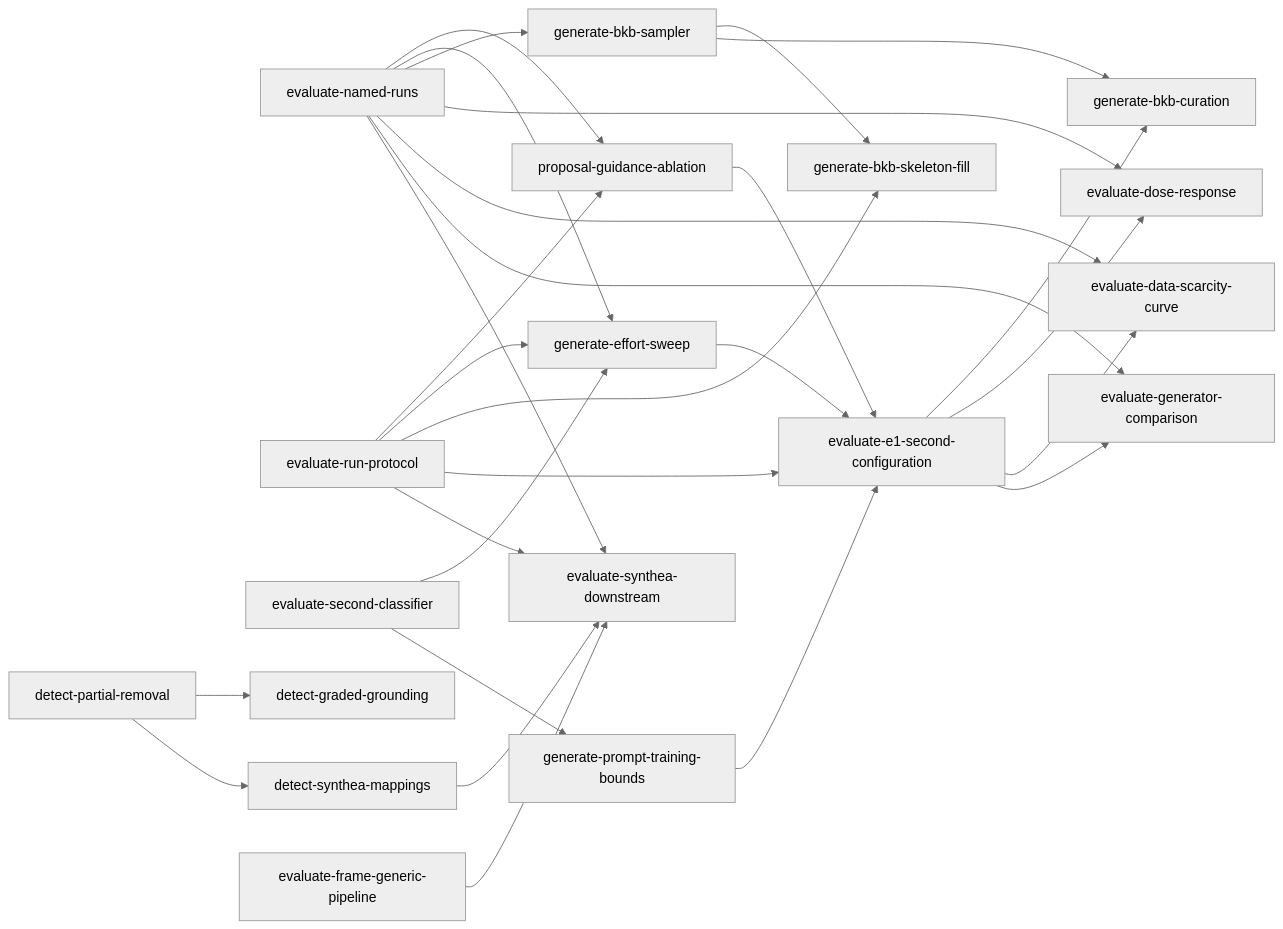
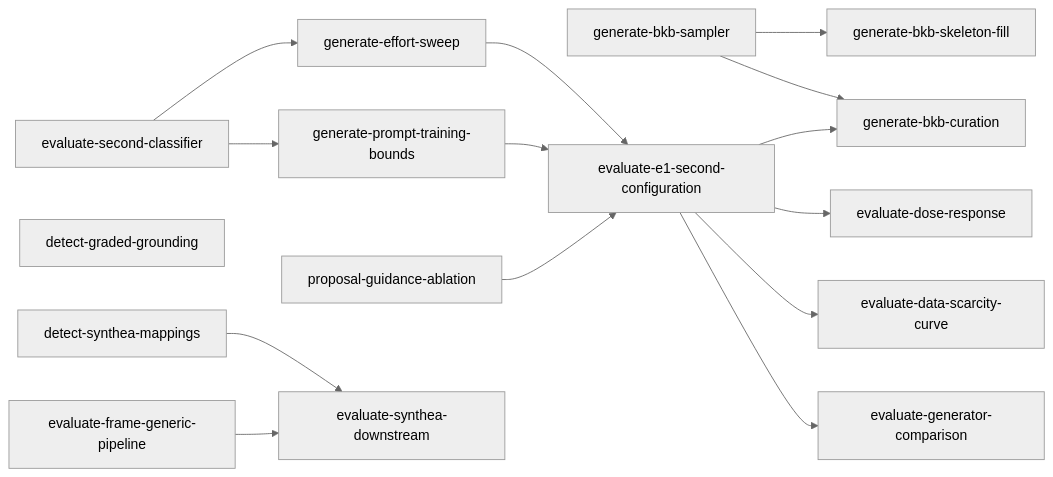
Before and after one commit to joe-dartmouth/synthetic: the diagram in tasks/experiments-index.md, drawn with Mermaid (neutral theme). The commit also changed other lines of this file and 42 other files, not shown here.

First line of the commit message:
Commit the paid-run protocol: stop rules and a launch command (#37)

````diff
--- a/tasks/experiments-index.md
+++ b/tasks/experiments-index.md
@@ -55,30 +52,17 @@
 ```mermaid
 flowchart LR
-    named_runs[evaluate-named-runs] --> guidance_ablation[proposal-guidance-ablation]
-    run_protocol[evaluate-run-protocol] --> guidance_ablation[proposal-guidance-ablation]
-    named_runs[evaluate-named-runs] --> effort_sweep[generate-effort-sweep]
-    run_protocol[evaluate-run-protocol] --> effort_sweep[generate-effort-sweep]
     second_classifier[evaluate-second-classifier] --> effort_sweep[generate-effort-sweep]
     second_classifier[evaluate-second-classifier] --> prompt_bounds[generate-prompt-training-bounds]
-    named_runs[evaluate-named-runs] --> bkb_sampler[generate-bkb-sampler]
     bkb_sampler[generate-bkb-sampler] --> skeleton_fill[generate-bkb-skeleton-fill]
-    run_protocol[evaluate-run-protocol] --> skeleton_fill[generate-bkb-skeleton-fill]
     bkb_sampler[generate-bkb-sampler] --> bkb_curation[generate-bkb-curation]
     e1_second[evaluate-e1-second-configuration] --> bkb_curation[generate-bkb-curation]
-    partial_removal[detect-partial-removal] --> graded_grounding[detect-graded-grounding]
-    partial_removal[detect-partial-removal] --> synthea_mappings[detect-synthea-mappings]
     guidance_ablation[proposal-guidance-ablation] --> e1_second[evaluate-e1-second-configuration]
     prompt_bounds[generate-prompt-training-bounds] --> e1_second[evaluate-e1-second-configuration]
     effort_sweep[generate-effort-sweep] --> e1_second[evaluate-e1-second-configuration]
-    run_protocol[evaluate-run-protocol] --> e1_second[evaluate-e1-second-configuration]
     e1_second[evaluate-e1-second-configuration] --> dose_response[evaluate-dose-response]
-    named_runs[evaluate-named-runs] --> dose_response[evaluate-dose-response]
     e1_second[evaluate-e1-second-configuration] --> scarcity_curve[evaluate-data-scarcity-curve]
-    named_runs[evaluate-named-runs] --> scarcity_curve[evaluate-data-scarcity-curve]
     e1_second[evaluate-e1-second-configuration] --> generator_comparison[evaluate-generator-comparison]
-    named_runs[evaluate-named-runs] --> generator_comparison[evaluate-generator-comparison]
+    graded_grounding[detect-graded-grounding]
     synthea_mappings[detect-synthea-mappings] --> synthea_downstream[evaluate-synthea-downstream]
     frame_generic[evaluate-frame-generic-pipeline] --> synthea_downstream[evaluate-synthea-downstream]
-    named_runs[evaluate-named-runs] --> synthea_downstream[evaluate-synthea-downstream]
-    run_protocol[evaluate-run-protocol] --> synthea_downstream[evaluate-synthea-downstream]
 ```
````
